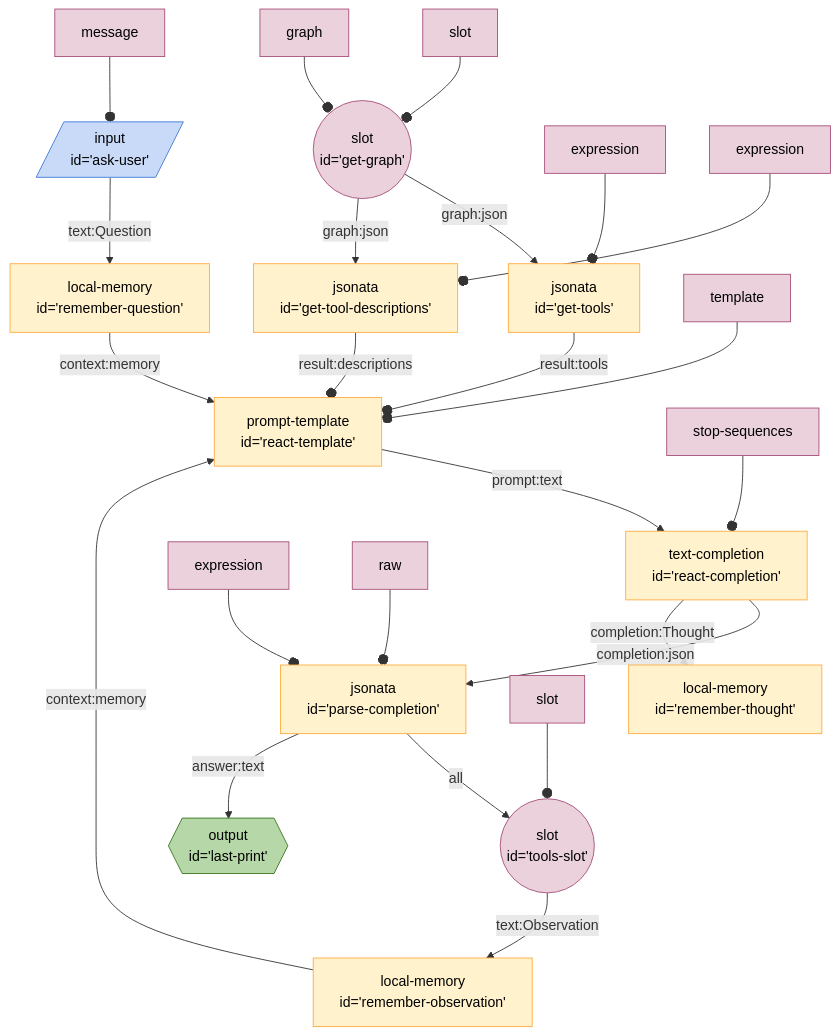
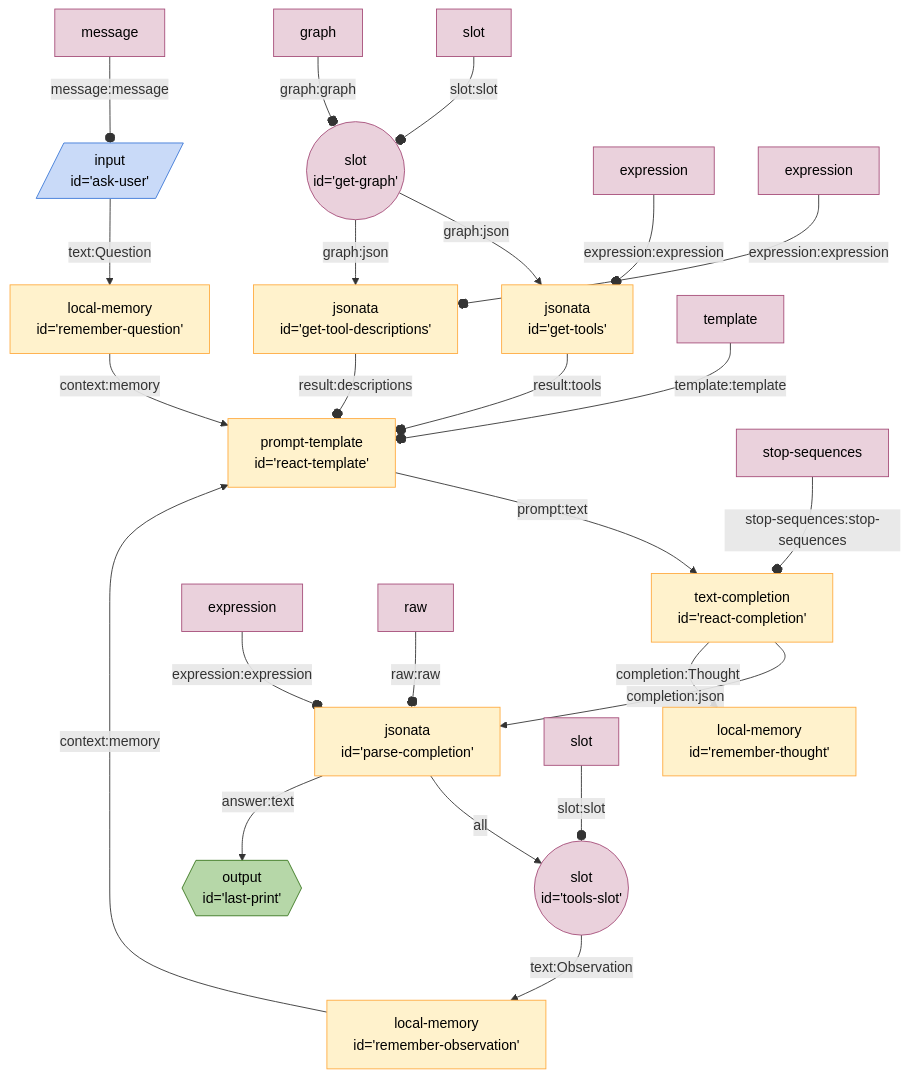
Before and after one commit to breadboard-ai/breadboard: the diagram in seeds/graph-playground/docs/graphs/react-with-slot.md, drawn with Mermaid. The commit also changed 13 other files, not shown here.

Commit message:
[graph] Add proper edge markers for constants.

````diff
--- a/seeds/graph-playground/docs/graphs/react-with-slot.md
+++ b/seeds/graph-playground/docs/graphs/react-with-slot.md
@@ -4,60 +4,60 @@
 ```mermaid
 %%{init: 'themeVariables': { 'fontFamily': 'Fira Code, monospace' }}%%
 graph TD;
 getgraph(("slot
 id='get-graph'")):::slot -- graph:json --> gettools["jsonata
 id='get-tools'"]
 getgraph(("slot
 id='get-graph'")):::slot -- graph:json --> gettooldescriptions["jsonata
 id='get-tool-descriptions'"]
 gettools["jsonata
 id='get-tools'"] -- result:tools --o reacttemplate["prompt-template
 id='react-template'"]
 gettooldescriptions["jsonata
 id='get-tool-descriptions'"] -- result:descriptions --o reacttemplate["prompt-template
 id='react-template'"]
 askuser[/"input
 id='ask-user'"/]:::input -- text:Question --> rememberquestion["local-memory
 id='remember-question'"]
 rememberquestion["local-memory
 id='remember-question'"] -- context:memory --> reacttemplate["prompt-template
 id='react-template'"]
 reacttemplate["prompt-template
 id='react-template'"] -- prompt:text --> reactcompletion["text-completion
 id='react-completion'"]
 reactcompletion["text-completion
 id='react-completion'"] -- completion:json --> parsecompletion["jsonata
 id='parse-completion'"]
 reactcompletion["text-completion
 id='react-completion'"] -- completion:Thought --> rememberthought["local-memory
 id='remember-thought'"]
 parsecompletion["jsonata
 id='parse-completion'"] -- all --> toolsslot(("slot
 id='tools-slot'")):::slot
 toolsslot(("slot
 id='tools-slot'")):::slot -- text:Observation --> rememberobservation["local-memory
 id='remember-observation'"]
 rememberobservation["local-memory
 id='remember-observation'"] -- context:memory --> reacttemplate["prompt-template
 id='react-template'"]
 parsecompletion["jsonata
 id='parse-completion'"] -- answer:text --> lastprint{{"output
 id='last-print'"}}:::output
-templatereacttemplate[template]:::config --o reacttemplate
-messageaskuser[message]:::config --o askuser
-stopsequencesreactcompletion[stop-sequences]:::config --o reactcompletion
-slotgetgraph[slot]:::config --o getgraph
-graphgetgraph[graph]:::config --o getgraph
-expressiongettools[expression]:::config --o gettools
-expressiongettooldescriptions[expression]:::config --o gettooldescriptions
-expressionparsecompletion[expression]:::config --o parsecompletion
-rawparsecompletion[raw]:::config --o parsecompletion
-slottoolsslot[slot]:::config --o toolsslot
+templatereacttemplate[template]:::config -- template:template --o reacttemplate
+messageaskuser[message]:::config -- message:message --o askuser
+stopsequencesreactcompletion[stop-sequences]:::config -- stop-sequences:stop-sequences --o reactcompletion
+slotgetgraph[slot]:::config -- slot:slot --o getgraph
+graphgetgraph[graph]:::config -- graph:graph --o getgraph
+expressiongettools[expression]:::config -- expression:expression --o gettools
+expressiongettooldescriptions[expression]:::config -- expression:expression --o gettooldescriptions
+expressionparsecompletion[expression]:::config -- expression:expression --o parsecompletion
+rawparsecompletion[raw]:::config -- raw:raw --o parsecompletion
+slottoolsslot[slot]:::config -- slot:slot --o toolsslot
 classDef default stroke:#ffab40,fill:#fff2ccff,color:#000
 classDef input stroke:#3c78d8,fill:#c9daf8ff,color:#000
 classDef output stroke:#38761d,fill:#b6d7a8ff,color:#000
 classDef passthrough stroke:#a64d79,fill:#ead1dcff,color:#000
 classDef slot stroke:#a64d79,fill:#ead1dcff,color:#000
 classDef config stroke:#a64d79,fill:#ead1dcff,color:#000
 classDef slotted stroke:#a64d79
 ```
````
